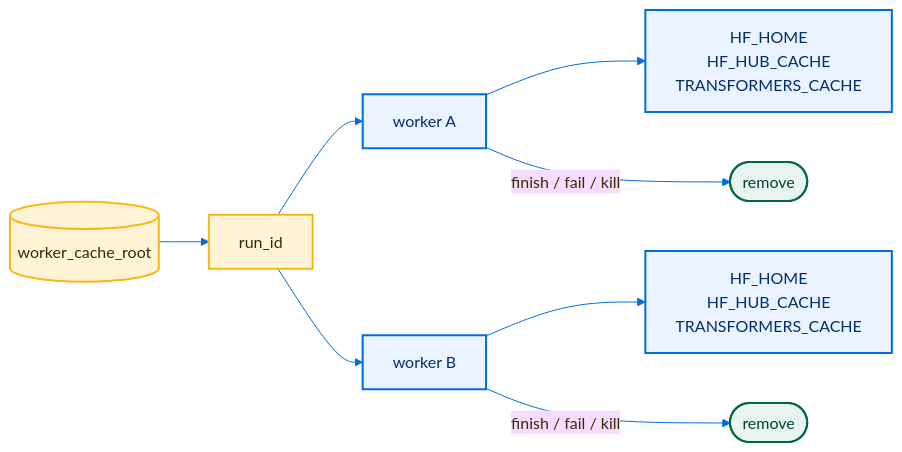
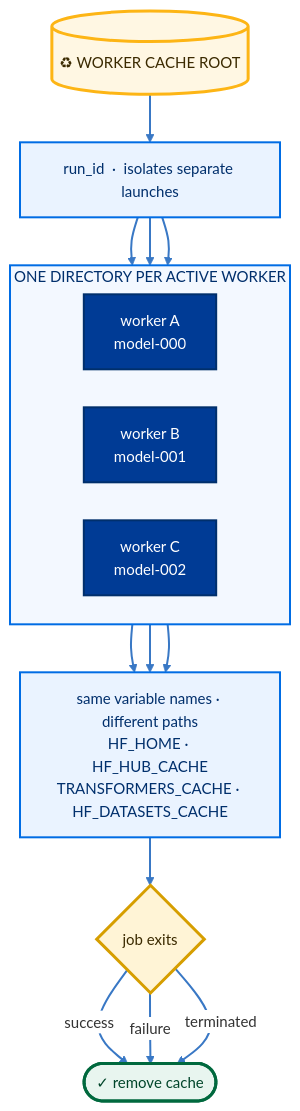
The fourth of 5 diagrams in README.md (RpM-Kinshuk/Model-Zoo), drawn with Mermaid before and after one commit. The commit also changed other lines of this file, not shown here.

````diff
--- a/README.md
+++ b/README.md
@@ -267,18 +329,38 @@
 ```mermaid
-%%{init: {"theme":"base","themeVariables":{"fontFamily":"Inter, ui-sans-serif, system-ui","lineColor":"#006CE4"}}}%%
-flowchart LR
-    ROOT[(worker_cache_root)] --> RUN[run_id]
-    RUN --> A[worker A]
-    RUN --> B[worker B]
-    A --> ENV1[HF_HOME<br/>HF_HUB_CACHE<br/>TRANSFORMERS_CACHE]
-    B --> ENV2[HF_HOME<br/>HF_HUB_CACHE<br/>TRANSFORMERS_CACHE]
-    A -->|finish / fail / kill| CLEAN1([remove])
-    B -->|finish / fail / kill| CLEAN2([remove])
+%%{init: {"theme":"base","flowchart":{"curve":"basis","nodeSpacing":38,"rankSpacing":48},"themeVariables":{"fontFamily":"Inter, ui-sans-serif, system-ui","fontSize":"15px","lineColor":"#3978C5","clusterBkg":"#F7FAFF","clusterBorder":"#8DB9E8","edgeLabelBackground":"#FFFFFF"}}}%%
+flowchart TB
+    ROOT[("♻  WORKER CACHE ROOT")]
+    ROOT --> RUN["run_id  ·  isolates separate launches"]
 
-    classDef root fill:#FFF4D6,stroke:#FDB515,color:#3B2A00,stroke-width:2px;
-    classDef worker fill:#EAF3FF,stroke:#006CE4,color:#002F6C,stroke-width:2px;
-    classDef clean fill:#E8F5EF,stroke:#00693E,color:#00452A,stroke-width:2px;
-    class ROOT,RUN root;
-    class A,B,ENV1,ENV2 worker;
-    class CLEAN1,CLEAN2 clean;
+    subgraph SCOPE["ONE DIRECTORY PER ACTIVE WORKER"]
+        direction LR
+        A["worker A<br/>model-000"]
+        B["worker B<br/>model-001"]
+        C["worker C<br/>model-002"]
+    end
+
+    RUN --> A
+    RUN --> B
+    RUN --> C
+    A --> ENV["same variable names · different paths<br/>HF_HOME · HF_HUB_CACHE<br/>TRANSFORMERS_CACHE · HF_DATASETS_CACHE"]
+    B --> ENV
+    C --> ENV
+    ENV --> EXIT{"job exits"}
+    EXIT -->|success| CLEAN(["✓ remove cache"])
+    EXIT -->|failure| CLEAN
+    EXIT -->|terminated| CLEAN
+
+    classDef source fill:#FFF7E3,stroke:#FDB515,color:#3B2A00,stroke-width:3px;
+    classDef worker fill:#003B95,stroke:#002F6C,color:#FFFFFF,stroke-width:2px;
+    classDef control fill:#EAF3FF,stroke:#006CE4,color:#002F6C,stroke-width:2px;
+    classDef decision fill:#FFF4D6,stroke:#D69E00,color:#3B2A00,stroke-width:3px;
+    classDef success fill:#E8F5EF,stroke:#00693E,color:#00452A,stroke-width:3px;
+    class ROOT source;
+    class A,B,C worker;
+    class RUN,ENV control;
+    class EXIT decision;
+    class CLEAN success;
+
+    style SCOPE fill:#F3F8FF,stroke:#006CE4,stroke-width:2px,color:#002F6C
+    linkStyle default stroke:#3978C5,stroke-width:2px
 ```
````
